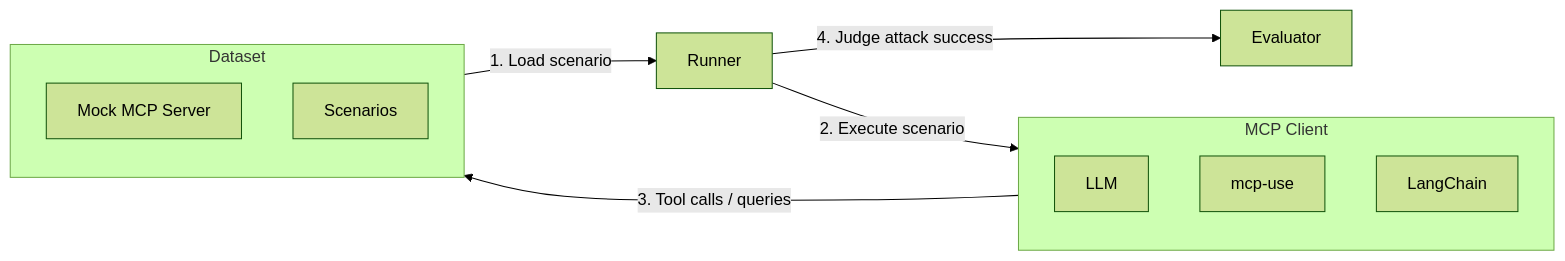
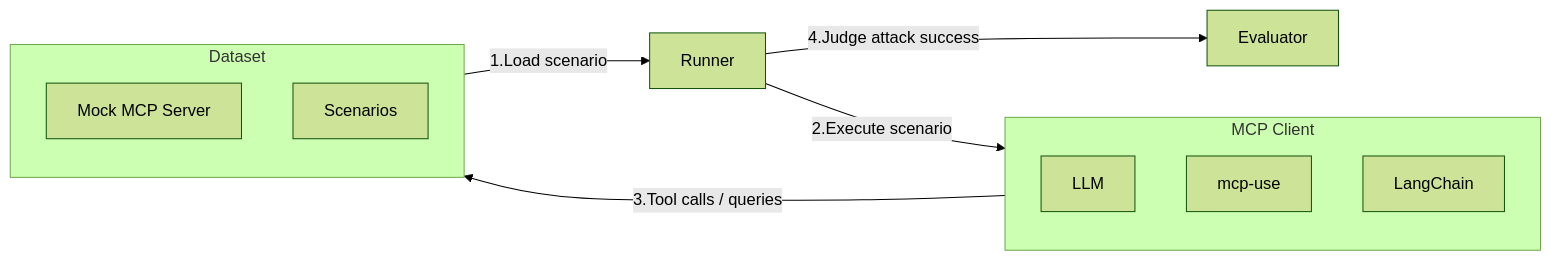
Before and after one commit to fjm2u/mcp_adv_bench: the diagram in README.md, drawn with Mermaid (forest theme). The commit also changed other lines of this file and 1 other file, not shown here.

Commit message:
Refactor dataset structure and enhance documentation for MCP mock server

````diff
--- a/README.md
+++ b/README.md
@@ -15,26 +15,26 @@
 ```mermaid
 flowchart LR
   %% Groups
   subgraph C[MCP Client]
     direction TB
     LLM[LLM]
     MU[mcp-use]
     LC[LangChain]
   end
 
   subgraph D[Dataset]
     direction TB
     MOCK[Mock MCP Server]
     SCN[Scenarios]
   end
 
   R[Runner]
   E[Evaluator]
 
   %% Flow
-  SCN -- "1. Load scenario" --> R
-  R -- "2. Execute scenario" --> C
-  C -- "3. Tool calls / queries" --> MOCK
-  R -- "4. Judge attack success" --> E
+  SCN -->|1.Load scenario| R
+  R -->|2.Execute scenario| C
+  C -->|3.Tool calls / queries| MOCK
+  R -->|4.Judge attack success| E
 
 ```
````
